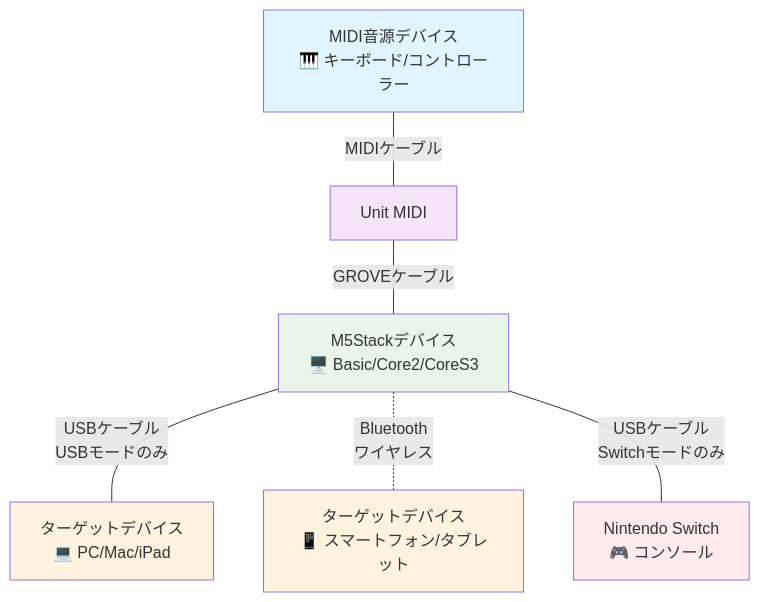
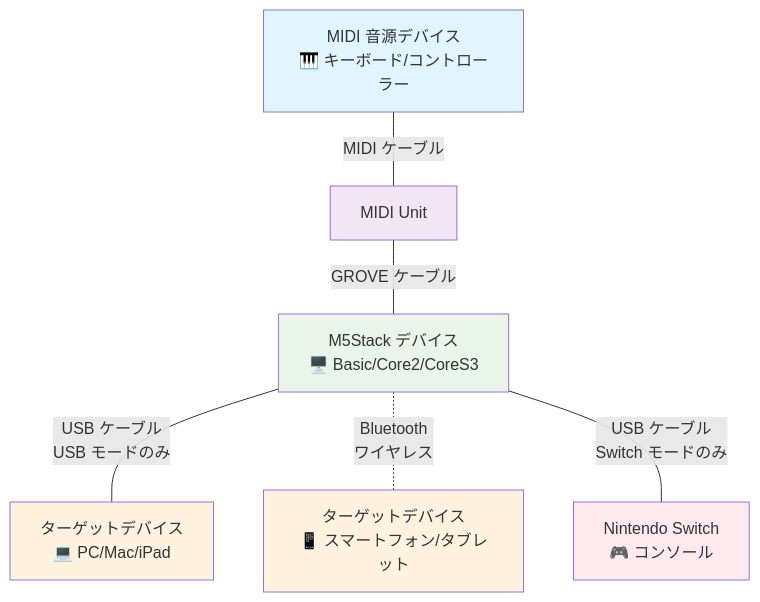
Before and after one commit to yh1224/m5-midi-sky: the diagram in README.ja.md, drawn with Mermaid. The commit also changed other lines of this file and 1 other file, not shown here.

````diff
--- a/README.ja.md
+++ b/README.ja.md
@@ -29,22 +29,22 @@
 ```mermaid
 graph TD
-    A[MIDI音源デバイス<br/>🎹 キーボード/コントローラー] 
-    B[Unit MIDI]
-    C[M5Stackデバイス<br/>🖥️ Basic/Core2/CoreS3]
+    A[MIDI 音源デバイス<br/>🎹 キーボード/コントローラー]
+    B[MIDI Unit]
+    C[M5Stack デバイス<br/>🖥️ Basic/Core2/CoreS3]
     D1[ターゲットデバイス<br/>💻 PC/Mac/iPad]
     D2[ターゲットデバイス<br/>📱 スマートフォン/タブレット]
     D3[Nintendo Switch<br/>🎮 コンソール]
-    
-    A ---|MIDIケーブル| B
-    B ---|GROVEケーブル| C
-    C ---|USBケーブル<br/>USBモードのみ| D1
+
+    A ---|MIDI ケーブル| B
+    B ---|GROVE ケーブル| C
+    C ---|USB ケーブル<br/>USB モードのみ| D1
     C -.-|Bluetooth<br/>ワイヤレス| D2
-    C ---|USBケーブル<br/>Switchモードのみ| D3
-    
+    C ---|USB ケーブル<br/>Switch モードのみ| D3
+
     style A fill:#e1f5fe
     style B fill:#f3e5f5
     style C fill:#e8f5e8
     style D1 fill:#fff3e0
     style D2 fill:#fff3e0
     style D3 fill:#ffebee
 ```
````
